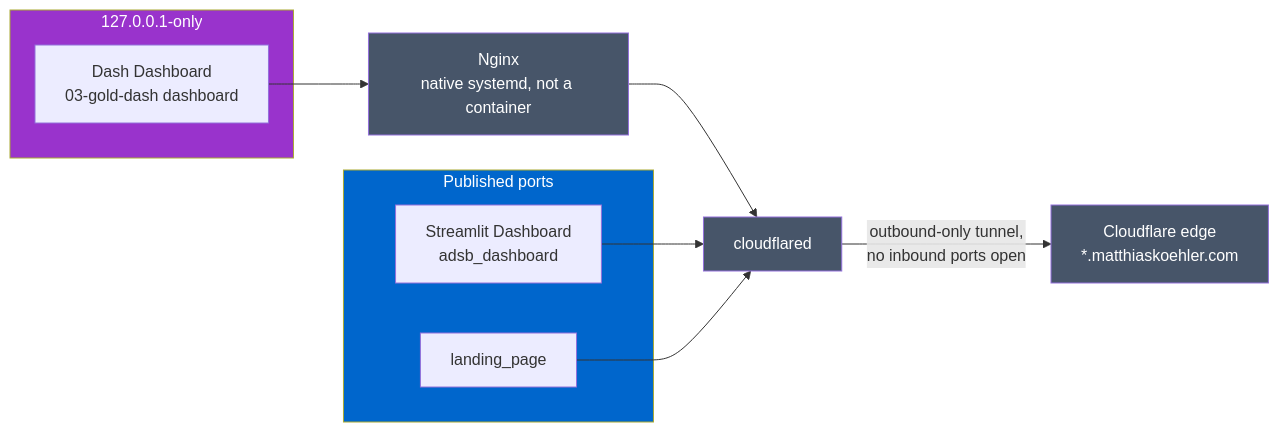
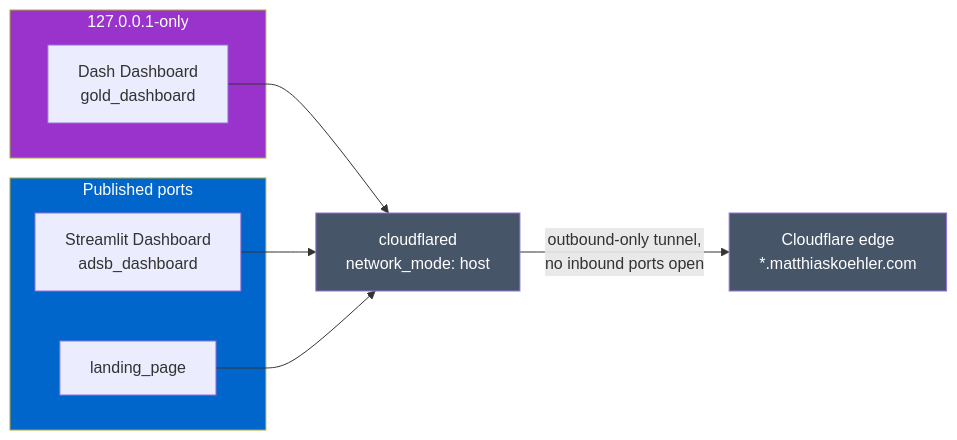
The sixth of 6 diagrams in docs/architecture/README.md (MatthiasSails/airline-data-platform), drawn with Mermaid before and after one commit. The commit also changed other lines of this file and 24 other files, not shown here.

````diff
--- a/docs/architecture/README.md
+++ b/docs/architecture/README.md
@@ -189,24 +189,22 @@
 ```mermaid
 graph LR
     subgraph PUBLISHED["Published ports"]
         DASH1["Streamlit Dashboard<br/>adsb_dashboard"]
         LAND["landing_page"]
     end
     subgraph LOCALONLY["127.0.0.1-only"]
-        DASH2["Dash Dashboard<br/>03-gold-dash dashboard"]
+        DASH2["Dash Dashboard<br/>gold_dashboard"]
     end
-    NGINX["Nginx<br/>native systemd, not a container"]
-    CF["cloudflared"]
+    CF["cloudflared<br/>network_mode: host"]
     EDGE["Cloudflare edge<br/>*.matthiaskoehler.com"]
 
-    DASH2 --> NGINX --> CF
+    DASH2 --> CF
     DASH1 --> CF
     LAND --> CF
     CF -->|outbound-only tunnel,<br/>no inbound ports open| EDGE
 
     style PUBLISHED fill:#0066CC,color:#fff
     style LOCALONLY fill:#9933CC,color:#fff
-    style NGINX fill:#475569,color:#fff
     style CF fill:#475569,color:#fff
     style EDGE fill:#475569,color:#fff
 ```
````
